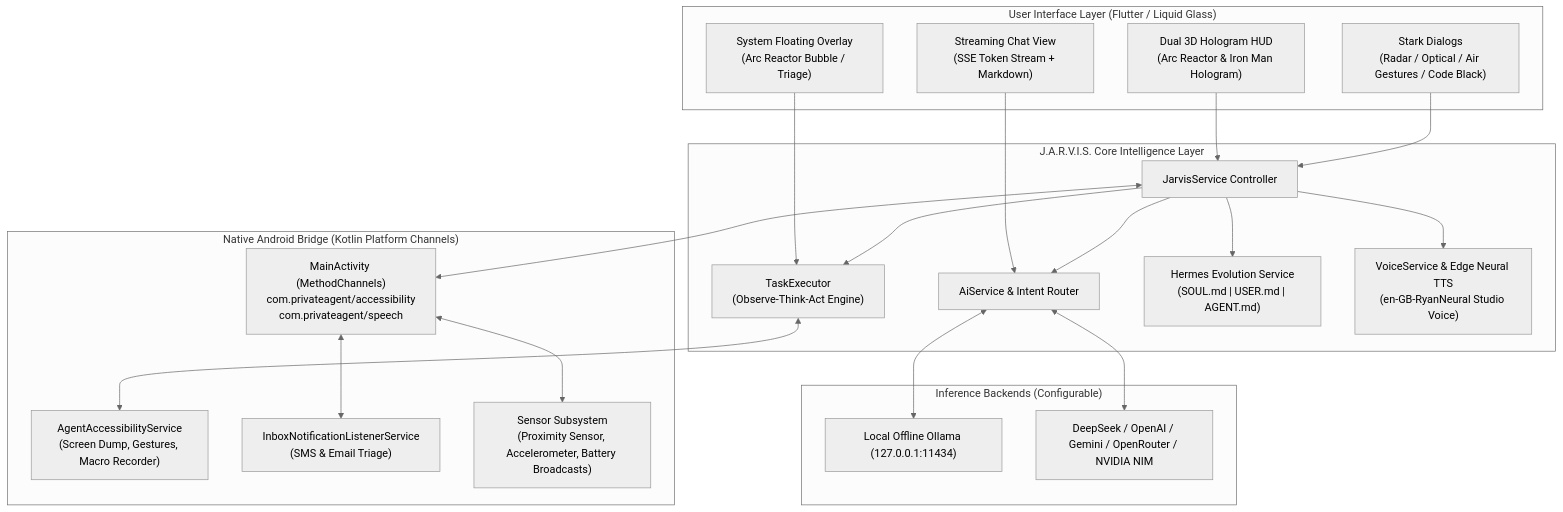
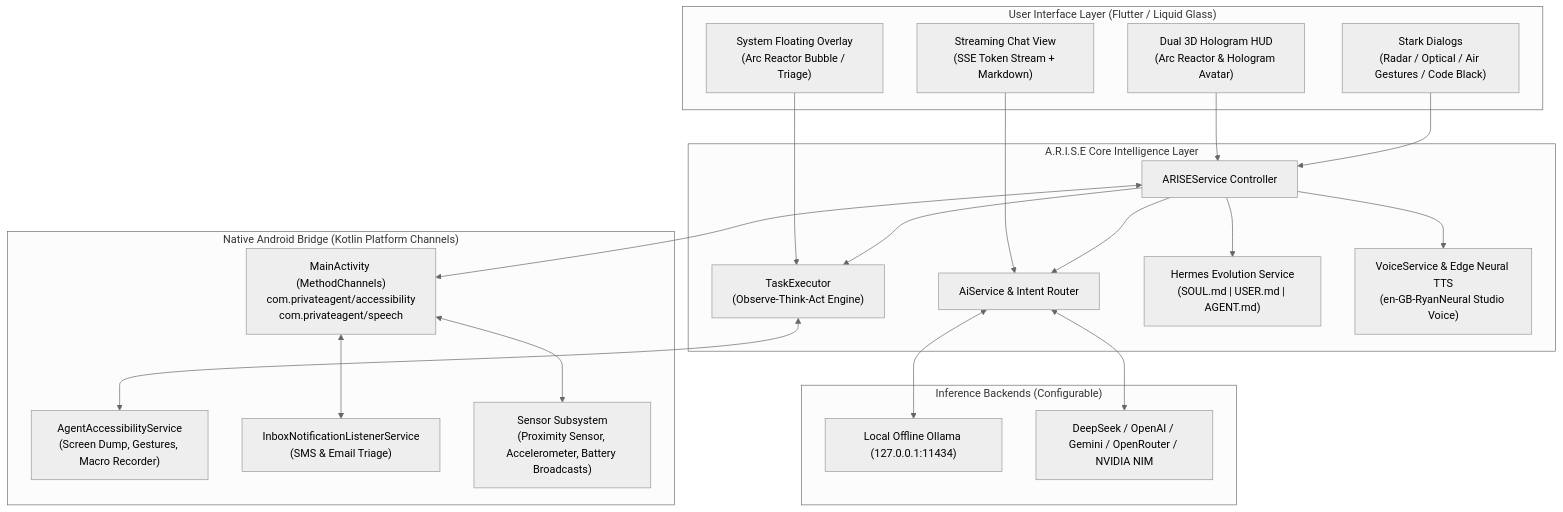
Before and after one commit to Kesicode/A.R.I.S.E: the diagram in README.md, drawn with Mermaid (neutral theme). The commit also changed other lines of this file and 23 other files, not shown here.

````diff
--- a/README.md
+++ b/README.md
@@ -67,48 +82,48 @@
 ```mermaid
 flowchart TD
     subgraph UI ["User Interface Layer (Flutter / Liquid Glass)"]
-        HUD["Dual 3D Hologram HUD\n(Arc Reactor & Iron Man Hologram)"]
+        HUD["Dual 3D Hologram HUD\n(Arc Reactor & Hologram Avatar)"]
         Chat["Streaming Chat View\n(SSE Token Stream + Markdown)"]
         Overlay["System Floating Overlay\n(Arc Reactor Bubble / Triage)"]
         Modals["Stark Dialogs\n(Radar / Optical / Air Gestures / Code Black)"]
     end
 
-    subgraph CoreEngine ["J.A.R.V.I.S. Core Intelligence Layer"]
-        JarvisService["JarvisService Controller"]
+    subgraph CoreEngine ["A.R.I.S.E Core Intelligence Layer"]
+        ARISEService["ARISEService Controller"]
         AiService["AiService & Intent Router"]
         TaskExecutor["TaskExecutor\n(Observe-Think-Act Engine)"]
         Hermes["Hermes Evolution Service\n(SOUL.md | USER.md | AGENT.md)"]
         VoiceEngine["VoiceService & Edge Neural TTS\n(en-GB-RyanNeural Studio Voice)"]
     end
 
     subgraph PlatformBridge ["Native Android Bridge (Kotlin Platform Channels)"]
         MainActivity["MainActivity (MethodChannels)\ncom.privateagent/accessibility\ncom.privateagent/speech"]
         AccessibilitySvc["AgentAccessibilityService\n(Screen Dump, Gestures, Macro Recorder)"]
         NotificationSvc["InboxNotificationListenerService\n(SMS & Email Triage)"]
         SensorHardware["Sensor Subsystem\n(Proximity Sensor, Accelerometer, Battery Broadcasts)"]
     end
 
     subgraph LLM ["Inference Backends (Configurable)"]
         Ollama["Local Offline Ollama (127.0.0.1:11434)"]
         CloudLLM["DeepSeek / OpenAI / Gemini / OpenRouter / NVIDIA NIM"]
     end
 
     %% Wiring
-    HUD --> JarvisService
+    HUD --> ARISEService
     Chat --> AiService
     Overlay --> TaskExecutor
-    Modals --> JarvisService
+    Modals --> ARISEService
 
-    JarvisService --> AiService
-    JarvisService --> TaskExecutor
-    JarvisService --> VoiceEngine
-    JarvisService --> Hermes
+    ARISEService --> AiService
+    ARISEService --> TaskExecutor
+    ARISEService --> VoiceEngine
+    ARISEService --> Hermes
 
     AiService <--> Ollama
     AiService <--> CloudLLM
 
     TaskExecutor <--> AccessibilitySvc
-    JarvisService <--> MainActivity
+    ARISEService <--> MainActivity
     MainActivity <--> SensorHardware
     MainActivity <--> NotificationSvc
 ```
````
